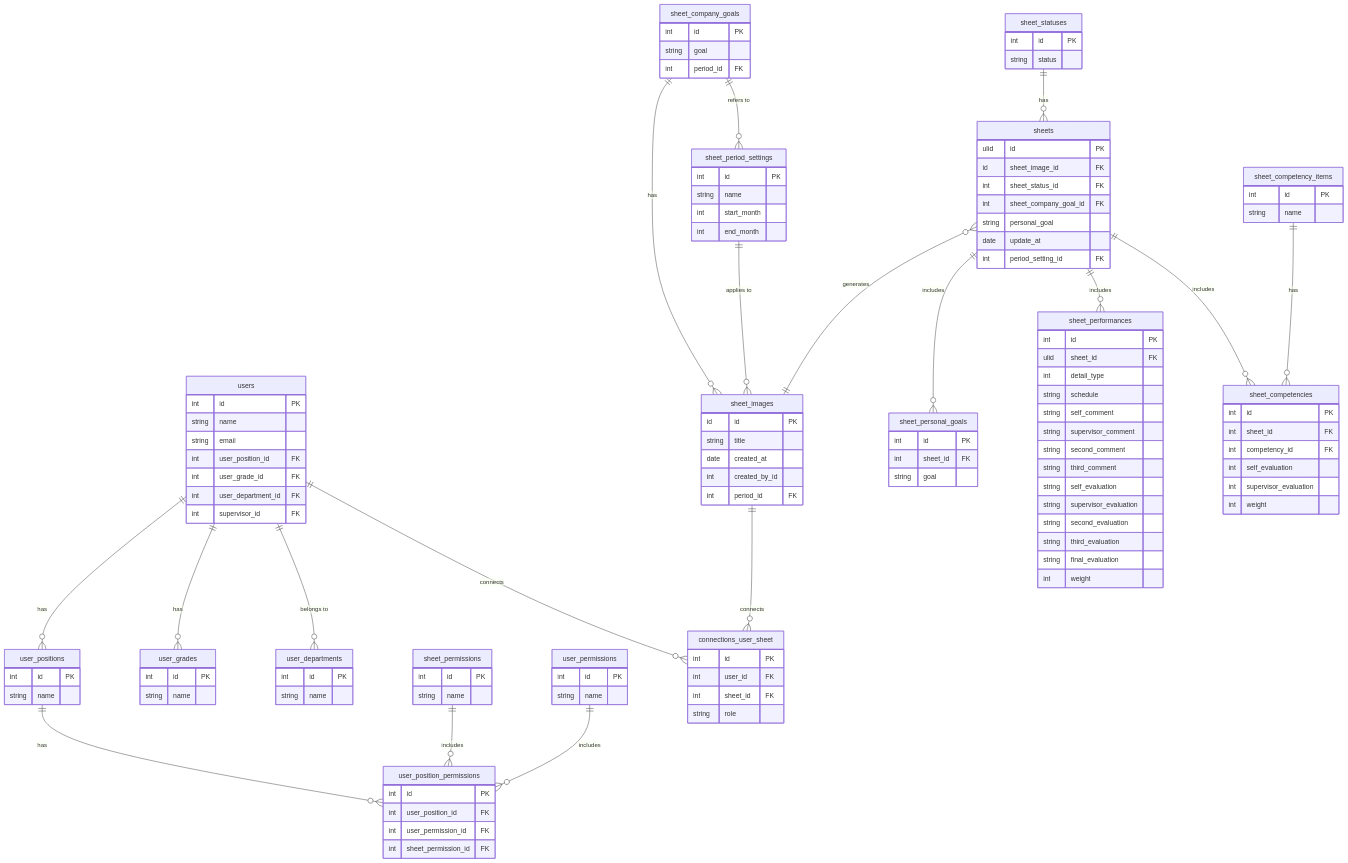
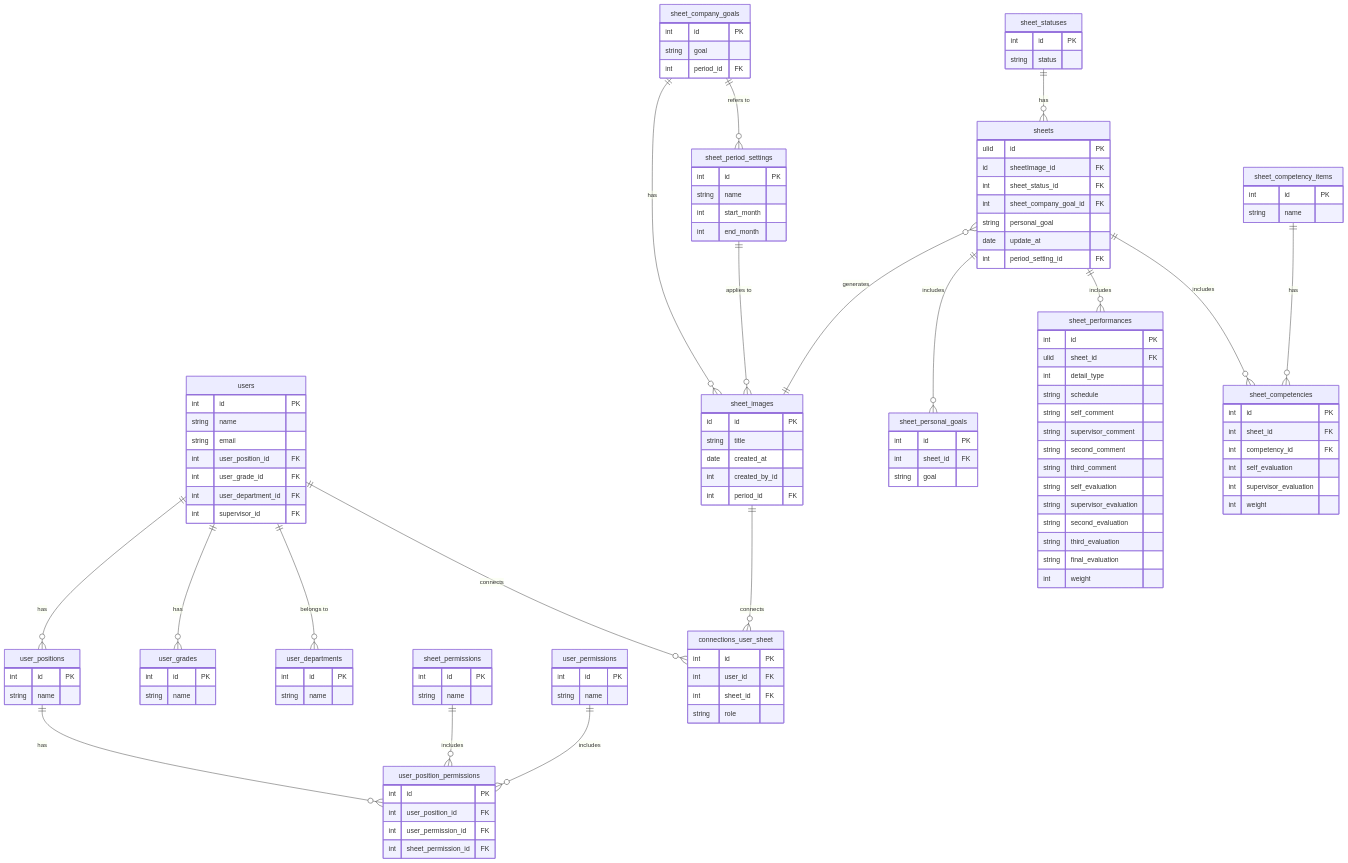
The diagram in dio/ERdiagram.md (kunitomosaori/nigiwaiHR), drawn with Mermaid before and after one commit. The commit also changed 14 other files, not shown here.

```diff
--- a/dio/ERdiagram.md
+++ b/dio/ERdiagram.md
@@ -61,7 +61,7 @@
 
     sheets {
         ulid id PK
-        id sheet_image_id FK
+        id sheetImage_id FK
         int sheet_status_id FK
         int sheet_company_goal_id FK
         string personal_goal
```
